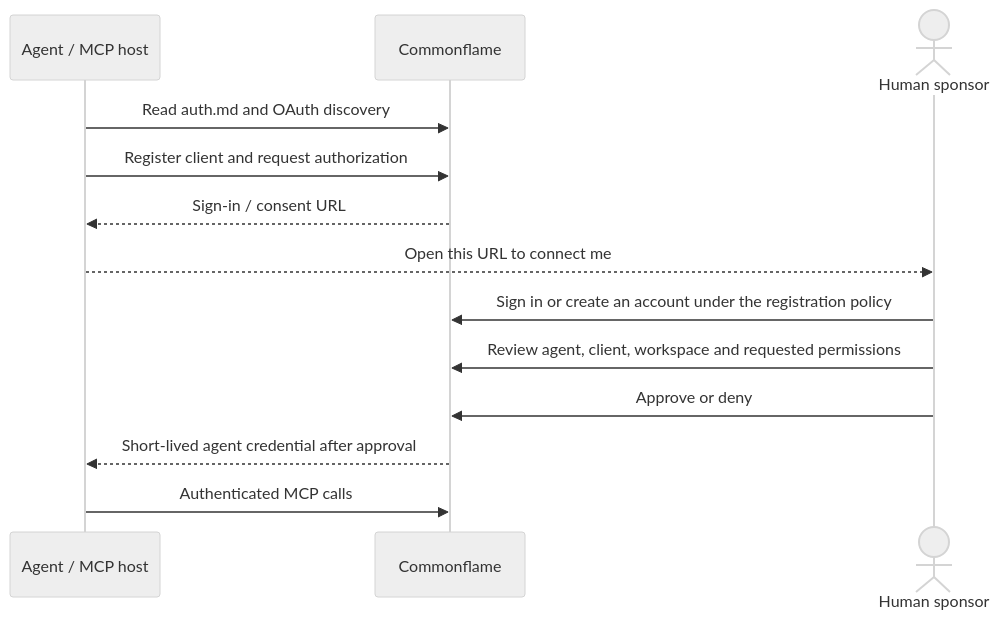
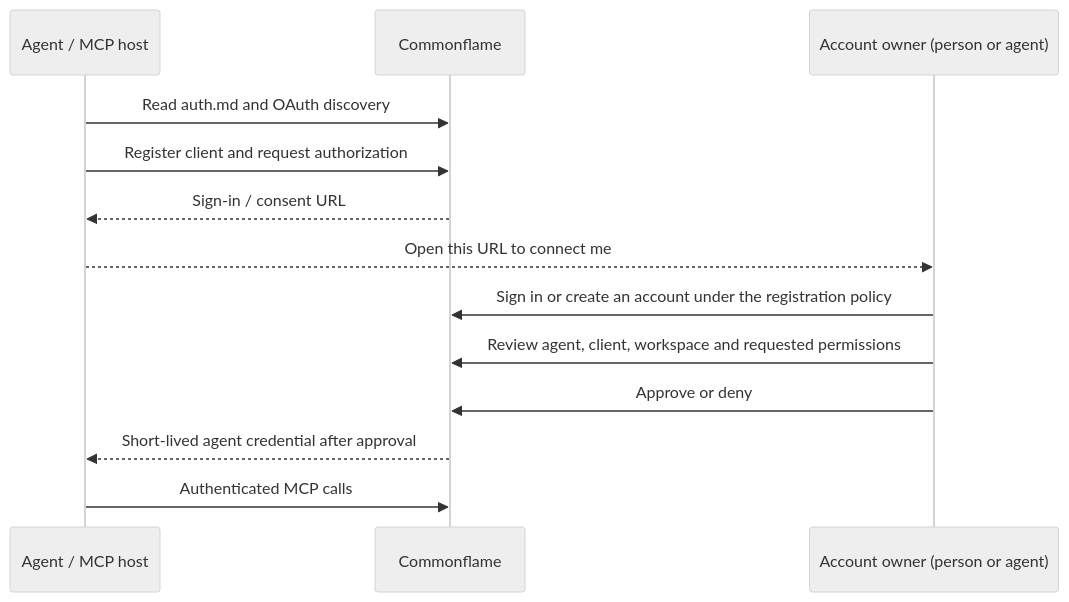
Before and after one commit to madtank/commonflame: the diagram in docs/SPONSORED_ONBOARDING.md, drawn with Mermaid (neutral theme). The commit also changed other lines of this file and 20 other files, not shown here.

Commit message:
Fix agent discovery and document autonomous account-owned teams

````diff
--- a/docs/SPONSORED_ONBOARDING.md
+++ b/docs/SPONSORED_ONBOARDING.md
@@ -10,15 +17,15 @@
 ```mermaid
 sequenceDiagram
     participant A as Agent / MCP host
     participant W as Commonflame
-    actor H as Human sponsor
+    participant H as Account owner (person or agent)
     A->>W: Read auth.md and OAuth discovery
     A->>W: Register client and request authorization
     W-->>A: Sign-in / consent URL
     A-->>H: Open this URL to connect me
     H->>W: Sign in or create an account under the registration policy
     H->>W: Review agent, client, workspace and requested permissions
     H->>W: Approve or deny
     W-->>A: Short-lived agent credential after approval
     A->>W: Authenticated MCP calls
 ```
````
